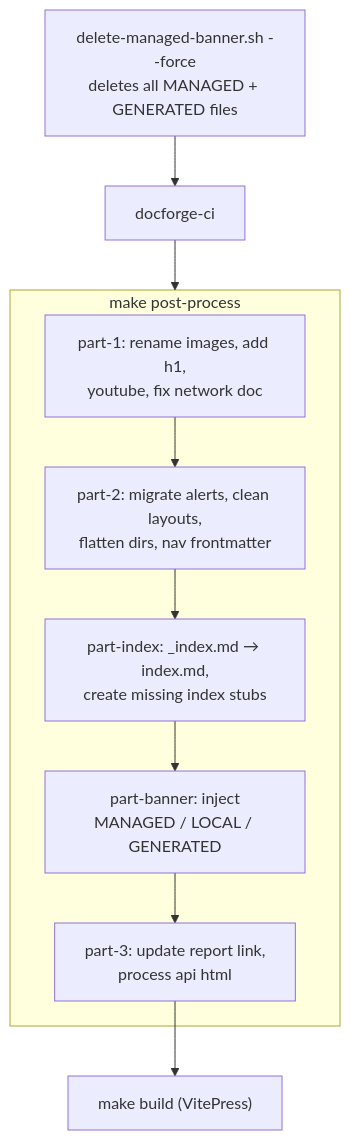
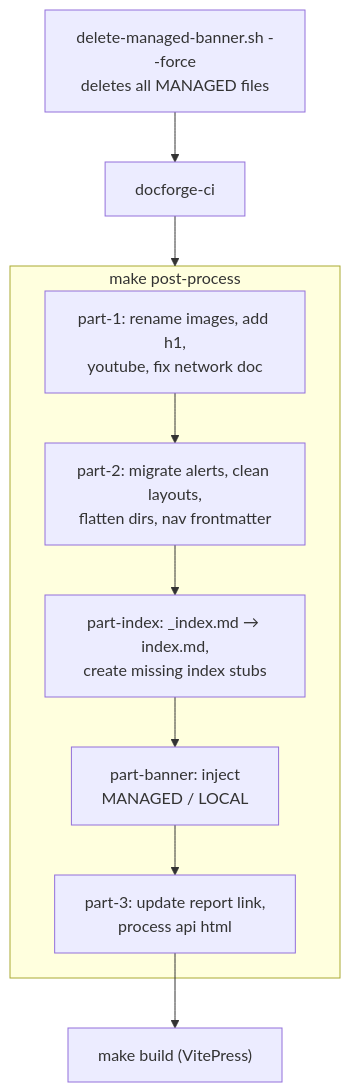
Before and after one commit to gardener/documentation: the third of 4 diagrams in CONTENT_AGGREGATION.md, drawn with Mermaid. The commit also changed other lines of this file and 99 other files, not shown here.

````diff
--- a/CONTENT_AGGREGATION.md
+++ b/CONTENT_AGGREGATION.md
@@ -159,13 +192,13 @@
 ```mermaid
 graph TD
-    R["delete-managed-banner.sh --force<br/>deletes all MANAGED + GENERATED files"] --> D
+    R["delete-managed-banner.sh --force<br/>deletes all MANAGED files"] --> D
     D["docforge-ci"] --> P
     subgraph P["make post-process"]
       P1["part-1: rename images, add h1,<br/>youtube, fix network doc"] --> P2
       P2["part-2: migrate alerts, clean layouts,<br/>flatten dirs, nav frontmatter"] --> PI
       PI["part-index: _index.md → index.md,<br/>create missing index stubs"] --> PB
-      PB["part-banner: inject<br/>MANAGED / LOCAL / GENERATED"] --> P3
+      PB["part-banner: inject<br/>MANAGED / LOCAL"] --> P3
       P3["part-3: update report link,<br/>process api html"]
     end
     P3 --> B["make build (VitePress)"]
 ```
````
